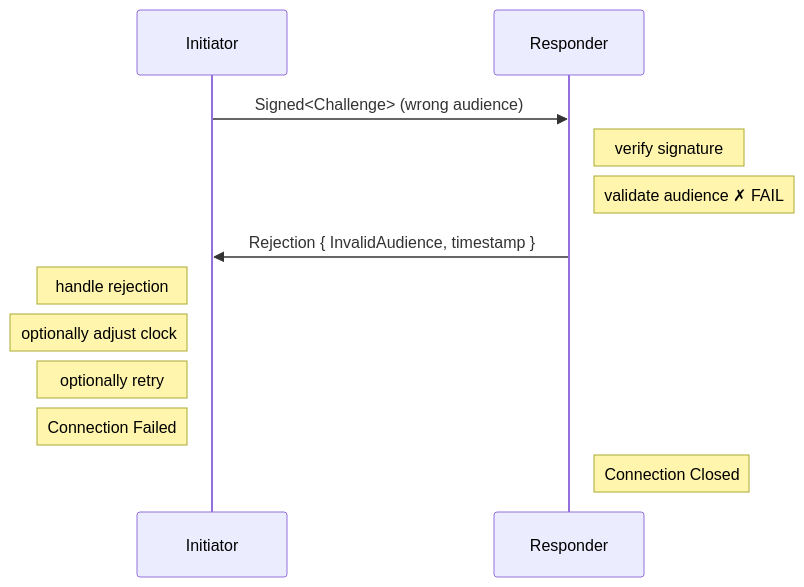
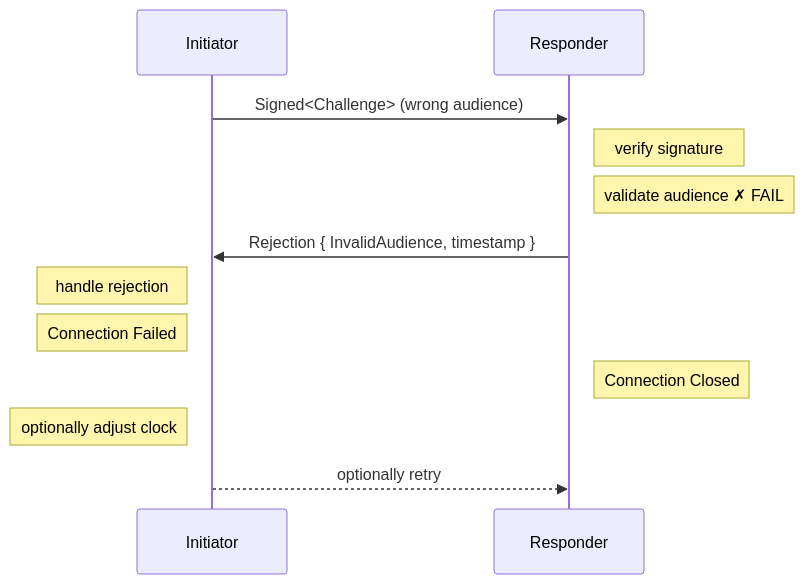
The fourth of 4 diagrams in design/handshake.md (inkandswitch/subduction), drawn with Mermaid before and after one commit.

Commit message:
More clarity in diagram

````diff
--- a/design/handshake.md
+++ b/design/handshake.md
@@ -215,19 +215,20 @@
 ```mermaid
 sequenceDiagram
     participant I as Initiator
     participant R as Responder
 
     I->>R: Signed<Challenge> (wrong audience)
 
     Note right of R: verify signature
     Note right of R: validate audience ✗ FAIL
 
     R->>I: Rejection { InvalidAudience, timestamp }
 
     Note left of I: handle rejection
-    Note left of I: optionally adjust clock
-    Note left of I: optionally retry
 
     Note left of I: Connection Failed
     Note right of R: Connection Closed
+
+    Note left of I: optionally adjust clock
+    I-->>R: optionally retry
 ```
````
